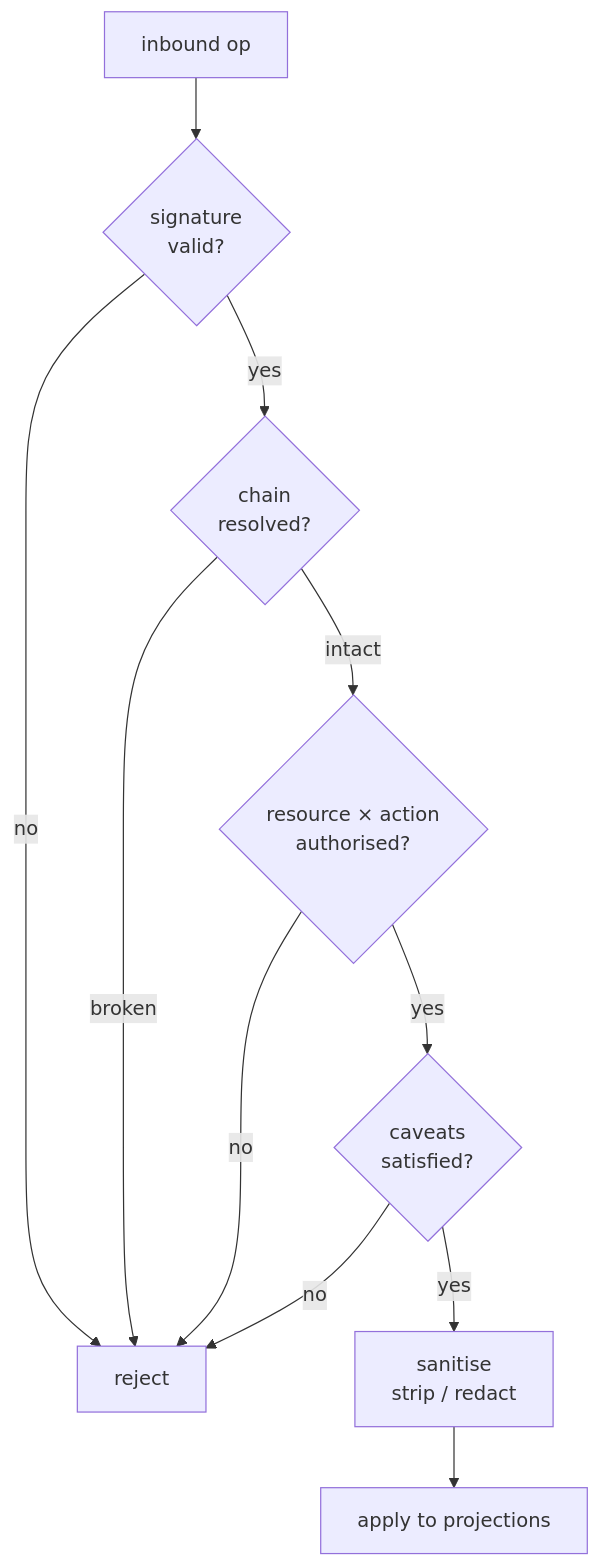
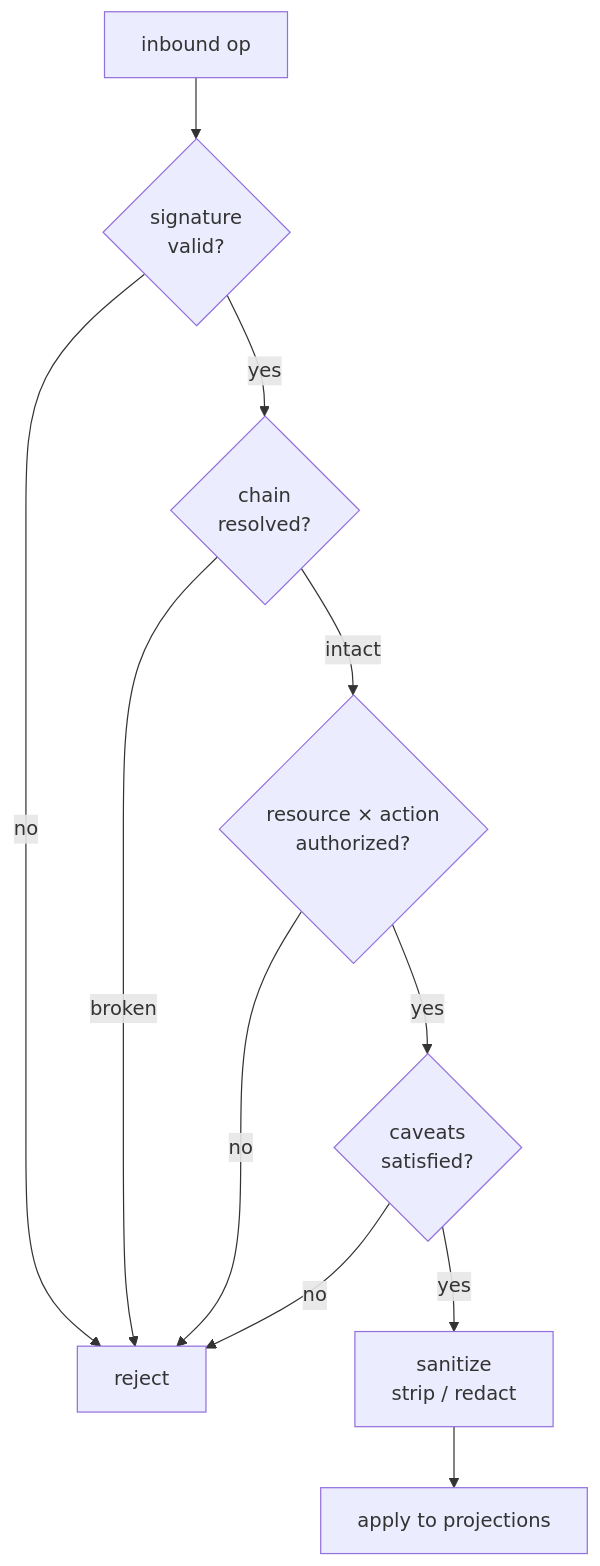
The diagram in docs/08-capabilities.md (danielrmay/likewise), drawn with Mermaid before and after one commit. The commit also changed other lines of this file and 21 other files, not shown here.

````diff
--- a/docs/08-capabilities.md
+++ b/docs/08-capabilities.md
@@ -115,13 +115,13 @@
 ```mermaid
 flowchart TD
     In["inbound op"] --> Sig{"signature<br/>valid?"}
     Sig -->|no| Reject["reject"]
     Sig -->|yes| Chain{"chain<br/>resolved?"}
     Chain -->|broken| Reject
-    Chain -->|intact| Auth{"resource × action<br/>authorised?"}
+    Chain -->|intact| Auth{"resource × action<br/>authorized?"}
     Auth -->|no| Reject
     Auth -->|yes| Cav{"caveats<br/>satisfied?"}
     Cav -->|no| Reject
-    Cav -->|yes| San["sanitise<br/>strip / redact"]
+    Cav -->|yes| San["sanitize<br/>strip / redact"]
     San --> Apply["apply to projections"]
 ```
````
